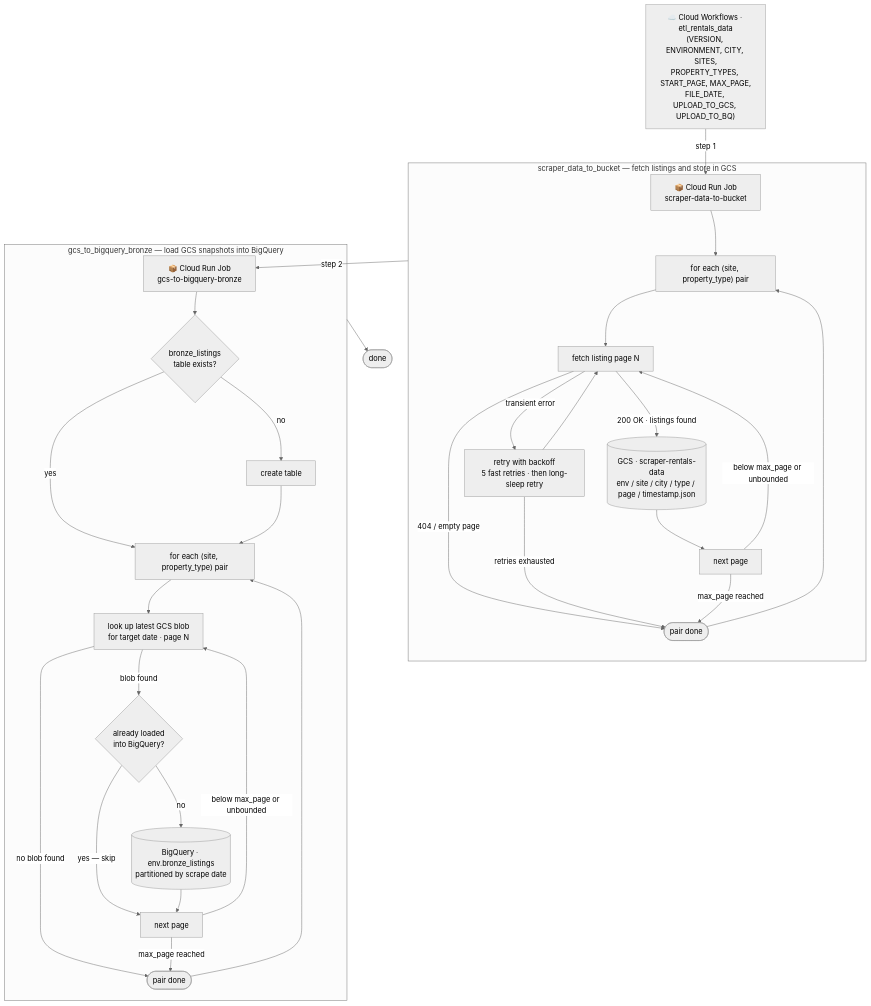
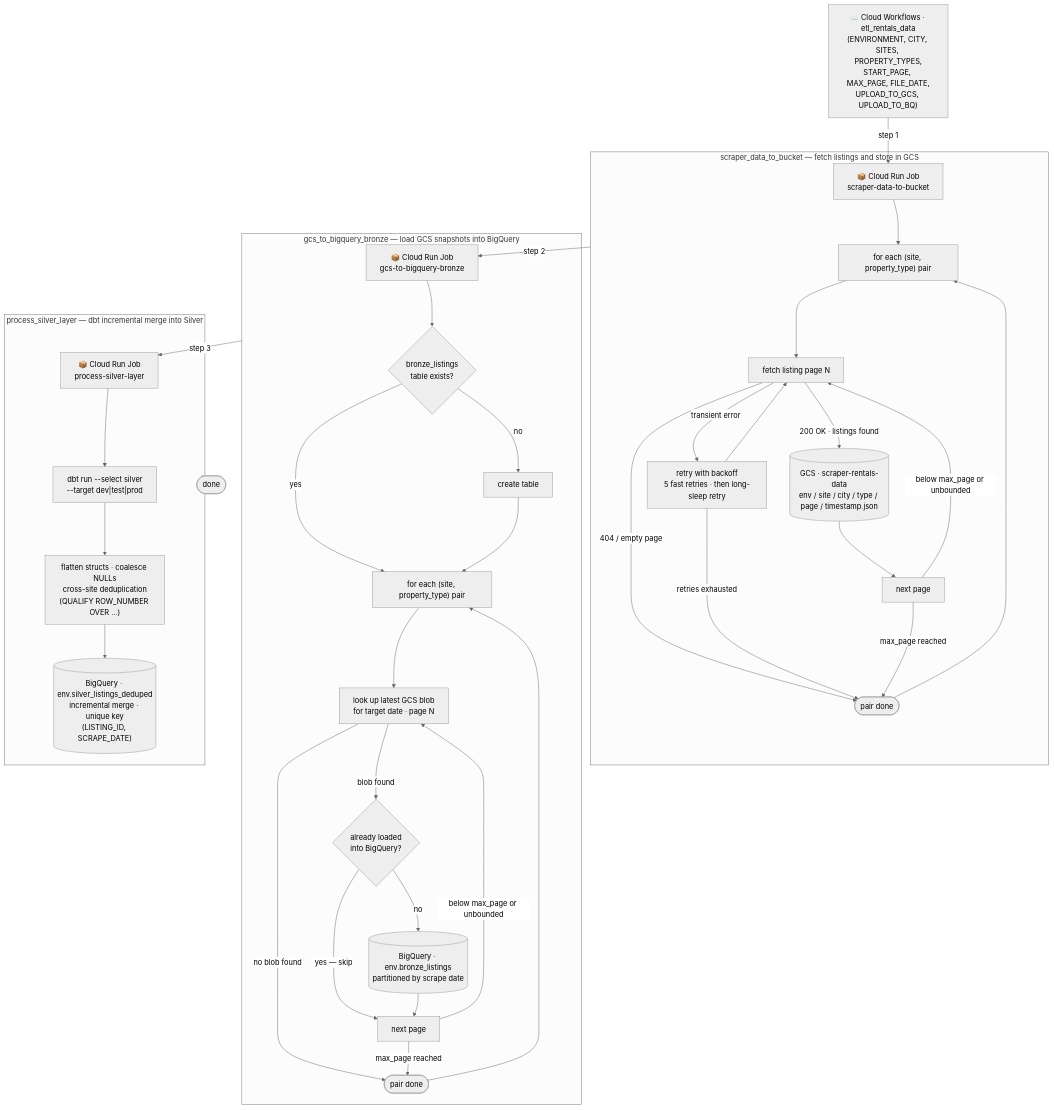
The diagram in README.md (dark-theme-org/rentals-data-pipeline), drawn with Mermaid (neutral theme) before and after one commit. The commit also changed other lines of this file and 44 other files, not shown here.

First line of the commit message:
Add dbt Silver layer and process_silver_layer task end-to-end (#19)

````diff
--- a/README.md
+++ b/README.md
@@ -57,40 +58,48 @@
 ```mermaid
 flowchart TD
-    Trigger["☁️ Cloud Workflows · etl_rentals_data\n(VERSION, ENVIRONMENT, CITY, SITES,\nPROPERTY_TYPES, START_PAGE, MAX_PAGE,\nFILE_DATE, UPLOAD_TO_GCS, UPLOAD_TO_BQ)"]
+    Trigger["☁️ Cloud Workflows · etl_rentals_data\n(ENVIRONMENT, CITY, SITES, PROPERTY_TYPES,\nSTART_PAGE, MAX_PAGE, FILE_DATE,\nUPLOAD_TO_GCS, UPLOAD_TO_BQ)"]
 
     Trigger -->|"step 1"| CR1["📦 Cloud Run Job\nscraper-data-to-bucket"]
 
     subgraph ScraperJob["scraper_data_to_bucket — fetch listings and store in GCS"]
         CR1 --> Pairs1["for each (site, property_type) pair"]
         Pairs1 --> Fetch["fetch listing page N"]
         Fetch -->|"404 / empty page"| PairDone1(["pair done"])
         Fetch -->|"transient error"| Retry["retry with backoff\n5 fast retries · then long-sleep retry"]
         Retry -->|"retries exhausted"| PairDone1
         Retry --> Fetch
         Fetch -->|"200 OK · listings found"| GCS[("GCS · scraper-rentals-data\nenv / site / city / type / page / timestamp.json")]
         GCS --> NextPage1["next page"]
         NextPage1 -->|"below max_page or unbounded"| Fetch
         NextPage1 -->|"max_page reached"| PairDone1
         PairDone1 --> Pairs1
     end
 
     ScraperJob -->|"step 2"| CR2["📦 Cloud Run Job\ngcs-to-bigquery-bronze"]
 
     subgraph BronzeJob["gcs_to_bigquery_bronze — load GCS snapshots into BigQuery"]
         CR2 --> TableCheck{"bronze_listings\ntable exists?"}
         TableCheck -->|no| CreateTable["create table"]
         TableCheck -->|yes| Pairs2
         CreateTable --> Pairs2["for each (site, property_type) pair"]
         Pairs2 --> FindBlob["look up latest GCS blob\nfor target date · page N"]
         FindBlob -->|"no blob found"| PairDone2(["pair done"])
         FindBlob -->|"blob found"| DupCheck{"already loaded\ninto BigQuery?"}
         DupCheck -->|"yes — skip"| NextPage2["next page"]
         DupCheck -->|no| BQ[("BigQuery · env.bronze_listings\npartitioned by scrape date")]
         BQ --> NextPage2
         NextPage2 -->|"below max_page or unbounded"| FindBlob
         NextPage2 -->|"max_page reached"| PairDone2
         PairDone2 --> Pairs2
     end
 
-    BronzeJob --> Done(["done"])
+    BronzeJob -->|"step 3"| CR3["📦 Cloud Run Job\nprocess-silver-layer"]
+
+    subgraph SilverJob["process_silver_layer — dbt incremental merge into Silver"]
+        CR3 --> dbtRun["dbt run --select silver\n--target dev|test|prod"]
+        dbtRun --> Dedup["flatten structs · coalesce NULLs\ncross-site deduplication\n(QUALIFY ROW_NUMBER OVER ...)"]
+        Dedup --> BQSilver[("BigQuery · env.silver_listings_deduped\nincremental merge · unique key\n(LISTING_ID, SCRAPE_DATE)")]
+    end
+
+    SilverJob --> Done(["done"])
 ```
````
